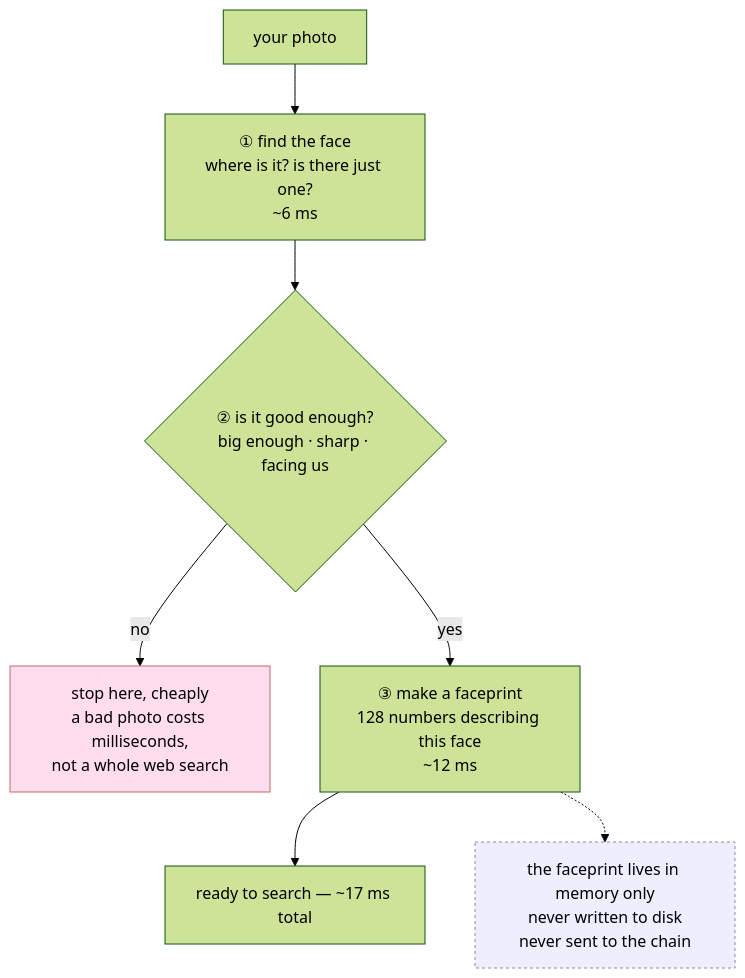
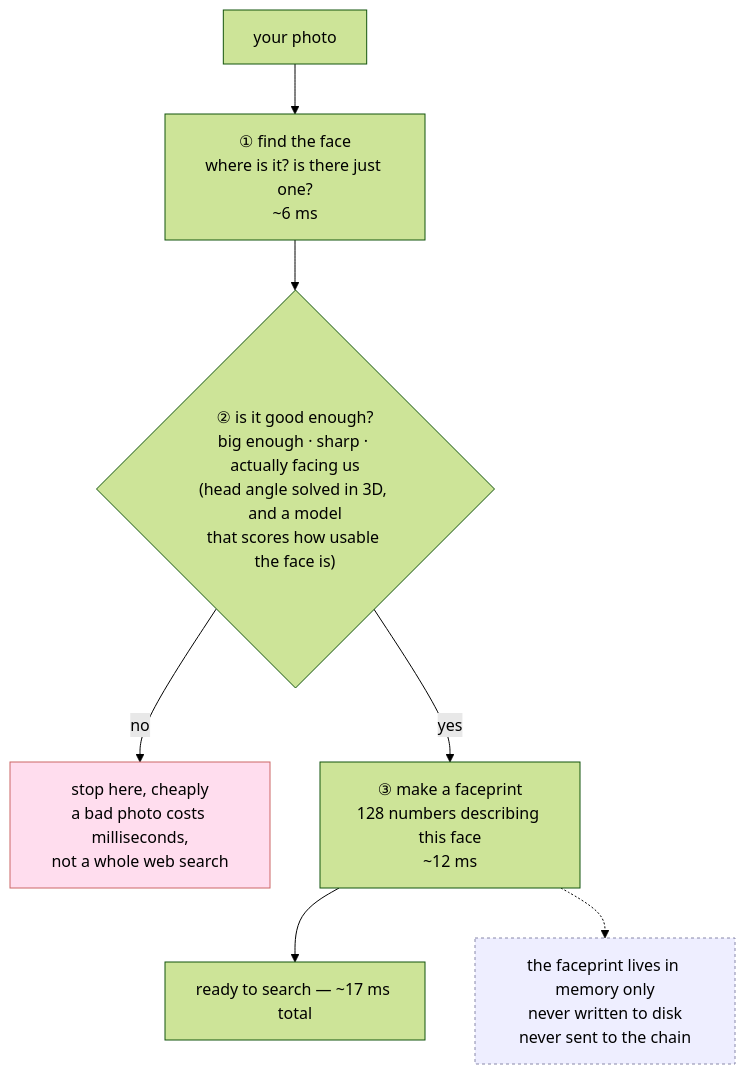
One commit to axls23/HHGOA changed the second of 12 diagrams in README.md. Above: the diagram before and after it, drawn with Mermaid (forest theme). The commit also changed other lines of this file and 52 other files, not shown here.

````diff
--- a/README.md
+++ b/README.md
@@ -36,14 +37,14 @@
 ```mermaid
 flowchart TD
     P["your photo"] --> F["① find the face<br/>where is it? is there just one?<br/>~6 ms"]
-    F --> Q{"② is it good enough?<br/>big enough · sharp · facing us"}
+    F --> Q{"② is it good enough?<br/>big enough · sharp · actually facing us<br/>(head angle solved in 3D, and a model<br/>that scores how usable the face is)"}
     Q -->|"no"| STOP["stop here, cheaply<br/>a bad photo costs milliseconds,<br/>not a whole web search"]
     Q -->|"yes"| E["③ make a faceprint<br/>128 numbers describing this face<br/>~12 ms"]
     E --> R["ready to search — ~17 ms total"]
     E -.-> N["the faceprint lives in memory only<br/>never written to disk<br/>never sent to the chain"]
 
     classDef stop fill:#fde,stroke:#c66
     classDef note fill:#eef,stroke:#88a,stroke-dasharray:3 3
     class STOP stop
     class N note
 ```
````
